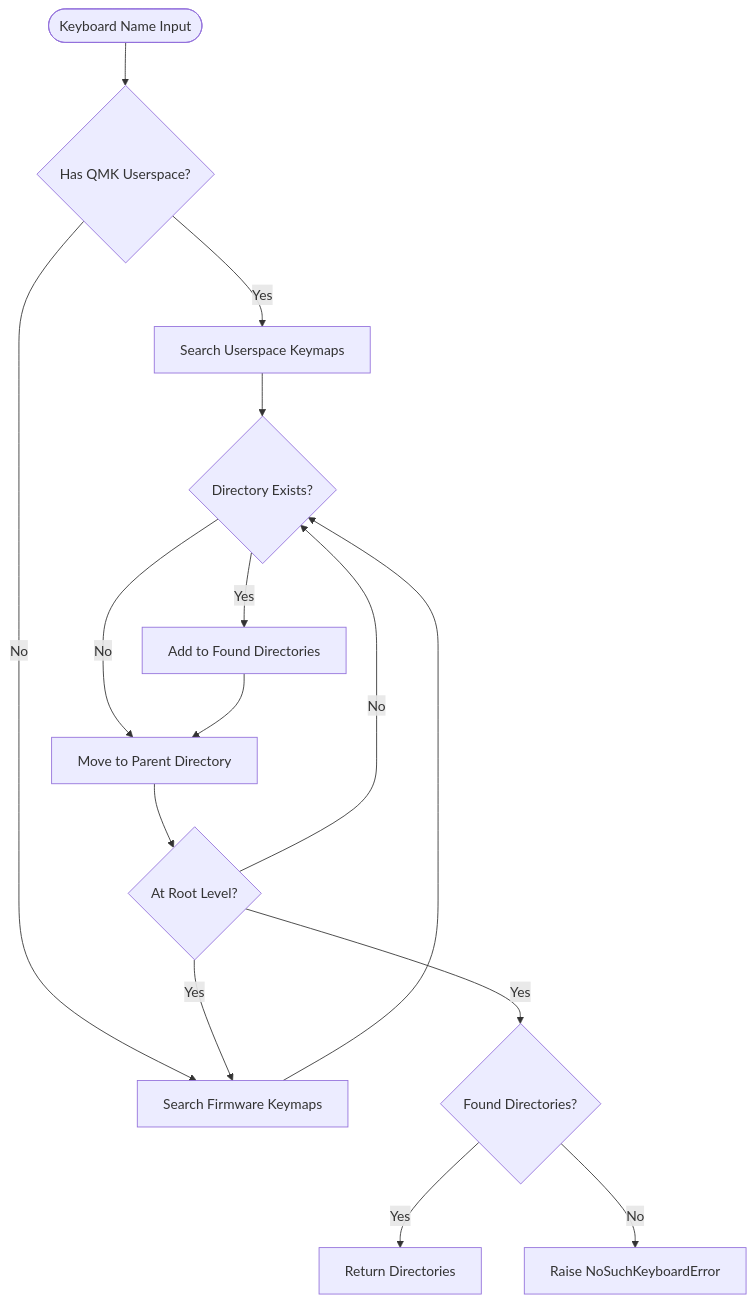
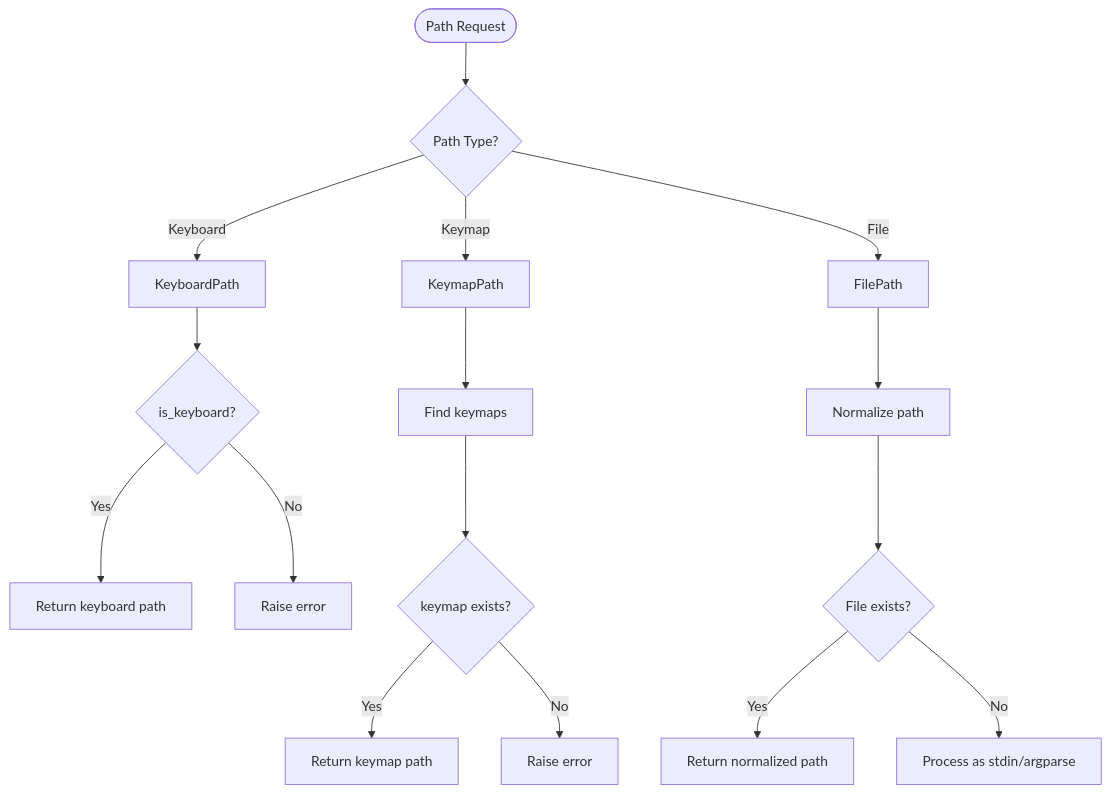
Before and after one commit to FSoft-AI4Code/codewiki-demo: the fourth of 4 diagrams in docs/qmk--qmk_firmware-docs/path.md, drawn with Mermaid. The commit also changed other lines of this file and 1103 other files, not shown here.

````diff
--- a/docs/qmk--qmk_firmware-docs/path.md
+++ b/docs/qmk--qmk_firmware-docs/path.md
@@ -168,28 +164,24 @@
 ```mermaid
 flowchart TD
-    Start([Keyboard Name Input])
-    CheckUserspace{Has QMK Userspace?}
-    SearchUserspace[Search Userspace Keymaps]
-    SearchFirmware[Search Firmware Keymaps]
-    CheckExists{Directory Exists?}
-    AddToList[Add to Found Directories]
-    MoveUp[Move to Parent Directory]
-    CheckRoot{At Root Level?}
-    ReturnList[Return Directories]
-    RaiseError[Raise NoSuchKeyboardError]
+    Start([Path Request])
     
-    Start --> CheckUserspace
-    CheckUserspace -->|Yes| SearchUserspace
-    CheckUserspace -->|No| SearchFirmware
-    SearchUserspace --> CheckExists
-    CheckExists -->|Yes| AddToList
-    CheckExists -->|No| MoveUp
-    MoveUp --> CheckRoot
-    CheckRoot -->|No| CheckExists
-    CheckRoot -->|Yes| SearchFirmware
-    SearchFirmware --> CheckExists
-    AddToList --> MoveUp
-    CheckRoot -->|Yes| CheckFound{Found Directories?}
-    CheckFound -->|Yes| ReturnList
-    CheckFound -->|No| RaiseError
+    Start --> CheckType{Path Type?}
+    
+    CheckType -->|Keyboard| KeyboardPath
+    CheckType -->|Keymap| KeymapPath
+    CheckType -->|File| FilePath
+    
+    KeyboardPath --> ValidateKeyboard{is_keyboard?}
+    ValidateKeyboard -->|Yes| ReturnKeyboard[Return keyboard path]
+    ValidateKeyboard -->|No| ErrorKeyboard[Raise error]
+    
+    KeymapPath --> FindKeymaps[Find keymaps]
+    FindKeymaps --> SearchKeymap{keymap exists?}
+    SearchKeymap -->|Yes| ReturnKeymap[Return keymap path]
+    SearchKeymap -->|No| ErrorKeymap[Raise error]
+    
+    FilePath --> Normalize[Normalize path]
+    Normalize --> CheckExists{File exists?}
+    CheckExists -->|Yes| ReturnFile[Return normalized path]
+    CheckExists -->|No| ProcessFile[Process as stdin/argparse]
 ```
````
